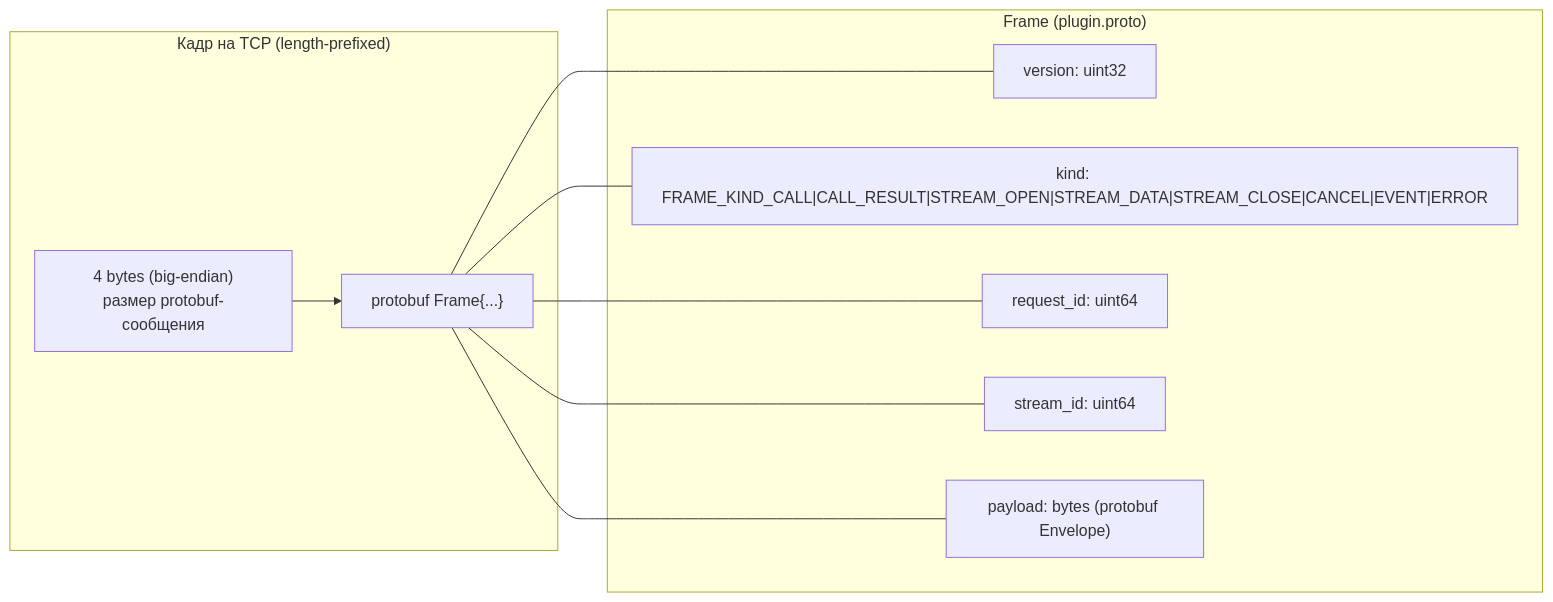
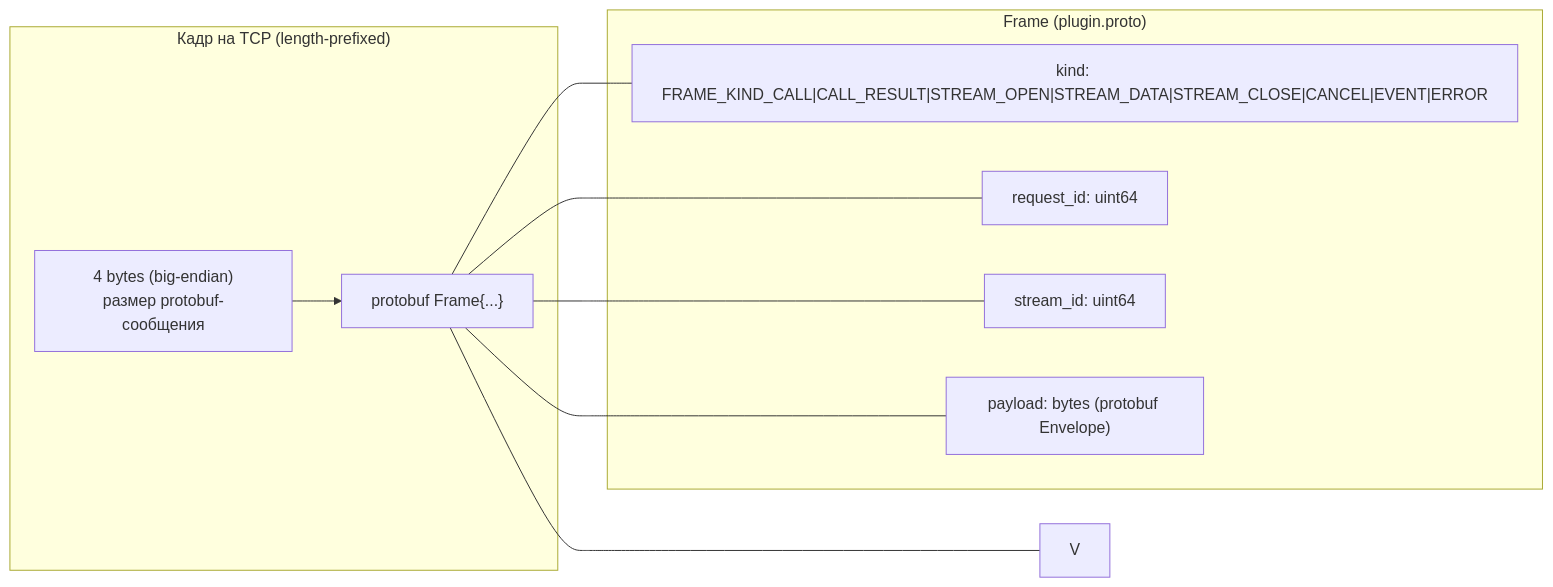
One commit to Liapoldus/liapoldus.github.io changed the first of 3 diagrams in gateway/architecture/protocol.md. Above: the diagram before and after it, drawn with Mermaid. The commit also changed other lines of this file and 18 other files, not shown here.

````diff
--- a/gateway/architecture/protocol.md
+++ b/gateway/architecture/protocol.md
@@ -24,20 +24,19 @@
 ```mermaid
 flowchart LR
     subgraph frame["Кадр на TCP (length-prefixed)"]
         LEN["4 bytes (big-endian)<br/>размер protobuf-сообщения"]
         MSG["protobuf Frame{...}"]
     end
     subgraph msg["Frame (plugin.proto)"]
-        V["version: uint32"]
         K["kind: FRAME_KIND_CALL|CALL_RESULT|STREAM_OPEN|STREAM_DATA|STREAM_CLOSE|CANCEL|EVENT|ERROR"]
         RID["request_id: uint64"]
         SID["stream_id: uint64"]
         PAY["payload: bytes (protobuf Envelope)"]
     end
     LEN --> MSG
     MSG --- V
     MSG --- K
     MSG --- RID
     MSG --- SID
     MSG --- PAY
 ```
````
